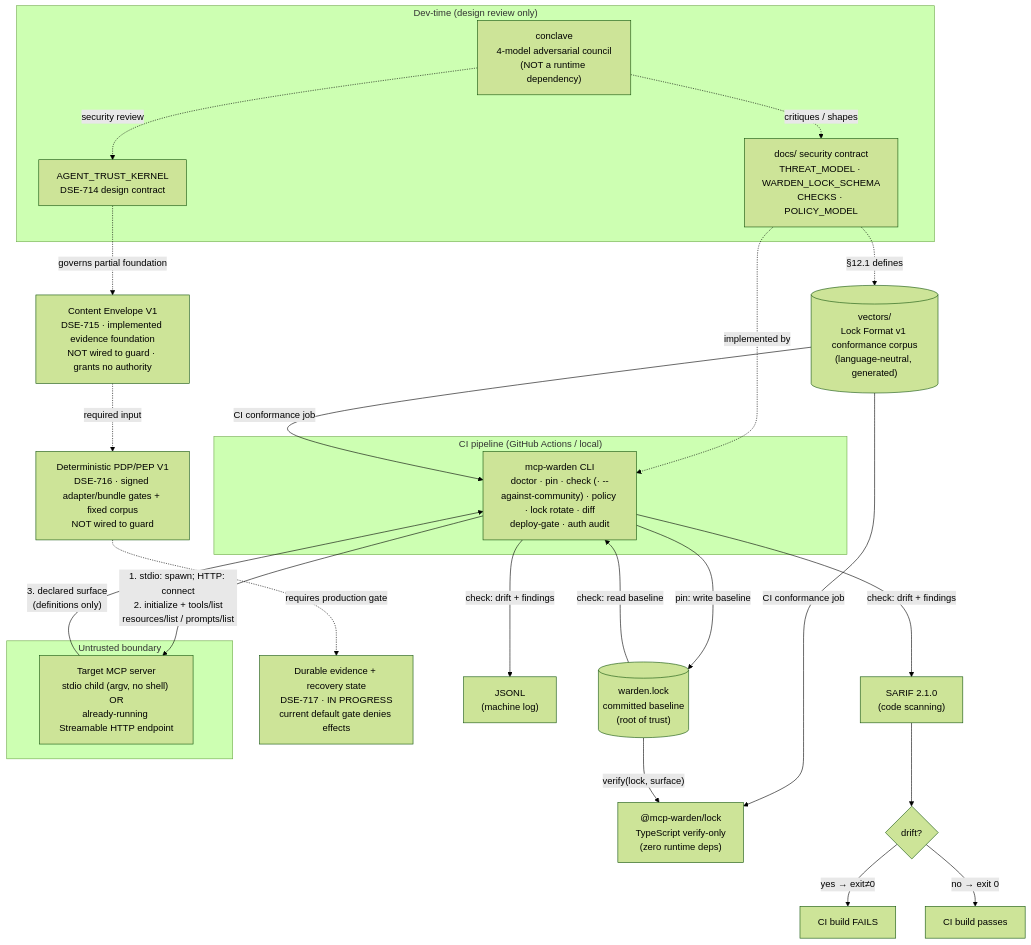
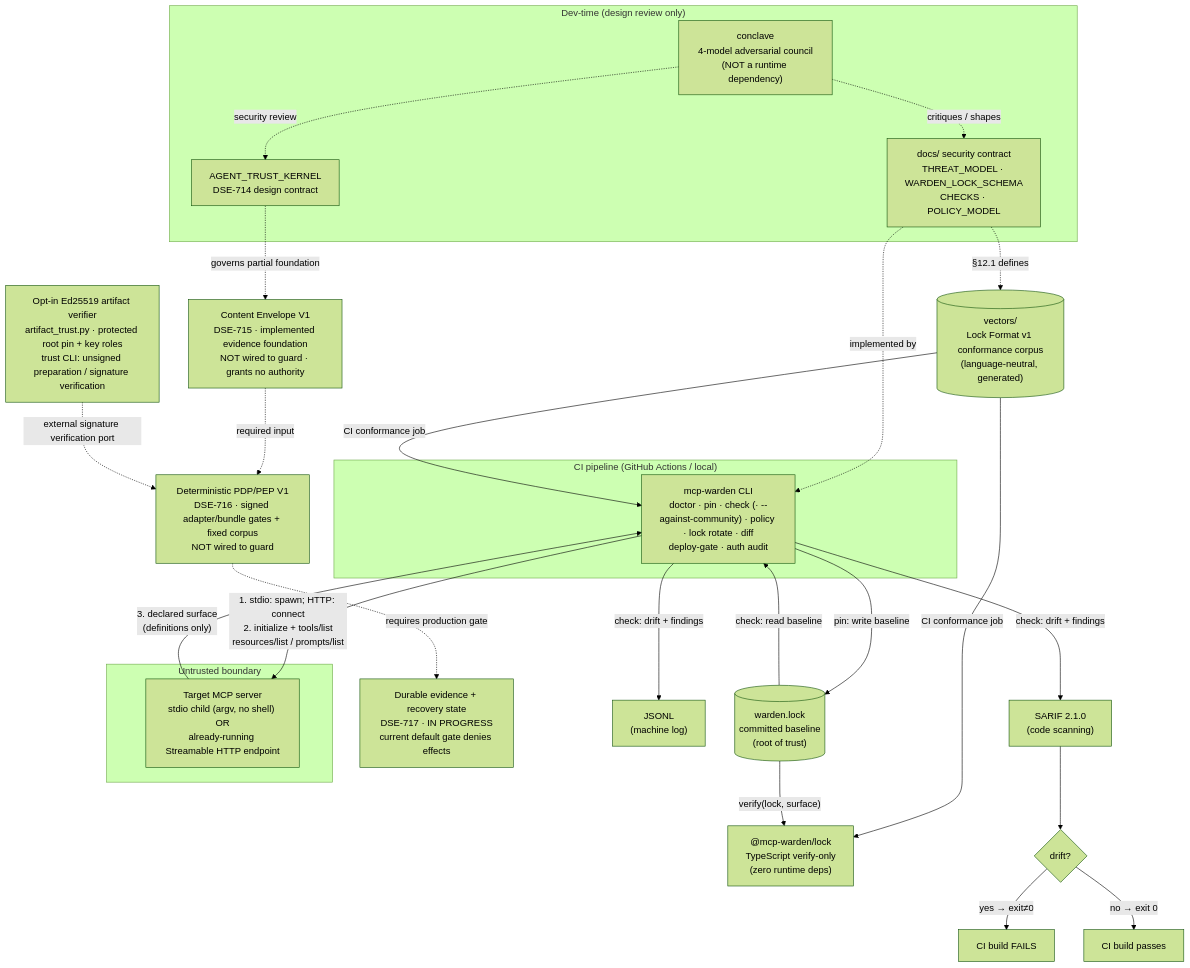
One commit to DataScience-EngineeringExperts/mcp-warden changed the first of 4 diagrams in SYSTEM_CONTEXT_DIAGRAM.md. Above: the diagram before and after it, drawn with Mermaid (forest theme). The commit also changed other lines of this file and 18 other files, not shown here.

````diff
--- a/SYSTEM_CONTEXT_DIAGRAM.md
+++ b/SYSTEM_CONTEXT_DIAGRAM.md
@@ -100,52 +105,54 @@
 ```mermaid
 flowchart TB
     subgraph dev["Dev-time (design review only)"]
         conclave["conclave\n4-model adversarial council\n(NOT a runtime dependency)"]
         specs["docs/ security contract\nTHREAT_MODEL · WARDEN_LOCK_SCHEMA\nCHECKS · POLICY_MODEL"]
         atk["AGENT_TRUST_KERNEL\nDSE-714 design contract"]
         conclave -. "critiques / shapes" .-> specs
         conclave -. "security review" .-> atk
     end
 
     envelope["Content Envelope V1\nDSE-715 · implemented evidence foundation\nNOT wired to guard · grants no authority"]
     decision["Deterministic PDP/PEP V1\nDSE-716 · signed adapter/bundle gates + fixed corpus\nNOT wired to guard"]
+    artifactTrust["Opt-in Ed25519 artifact verifier\nartifact_trust.py · protected root pin + key roles\ntrust CLI: unsigned preparation / signature verification"]
     evidence["Durable evidence + recovery state\nDSE-717 · IN PROGRESS\ncurrent default gate denies effects"]
     atk -. "governs partial foundation" .-> envelope
     envelope -. "required input" .-> decision
+    artifactTrust -. "external signature verification port" .-> decision
     decision -. "requires production gate" .-> evidence
 
     subgraph ci["CI pipeline (GitHub Actions / local)"]
         warden["mcp-warden CLI
 doctor · pin · check (· --against-community) · policy · lock rotate · diff
 deploy-gate · auth audit"]
     end
 
     subgraph target["Untrusted boundary"]
         server["Target MCP server\nstdio child (argv, no shell) OR\nalready-running Streamable HTTP endpoint"]
     end
 
     repo[("warden.lock\ncommitted baseline\n(root of trust)")]
     sarif["SARIF 2.1.0\n(code scanning)"]
     jsonl["JSONL\n(machine log)"]
 
     specs -. "implemented by" .-> warden
 
     vectors[("vectors/\nLock Format v1 conformance corpus\n(language-neutral, generated)")]
     lockts["@mcp-warden/lock\nTypeScript verify-only\n(zero runtime deps)"]
     specs -. "§12.1 defines" .-> vectors
     vectors -- "CI conformance job" --> warden
     vectors -- "CI conformance job" --> lockts
     repo -- "verify(lock, surface)" --> lockts
 
     warden -- "1. stdio: spawn; HTTP: connect\n2. initialize + tools/list\nresources/list / prompts/list" --> server
     server -- "3. declared surface\n(definitions only)" --> warden
 
     warden -- "pin: write baseline" --> repo
     repo -- "check: read baseline" --> warden
     warden -- "check: drift + findings" --> sarif
     warden -- "check: drift + findings" --> jsonl
 
     sarif --> gate{"drift?"}
     gate -- "yes → exit≠0" --> failci["CI build FAILS"]
     gate -- "no → exit 0" --> passci["CI build passes"]
 ```
````
